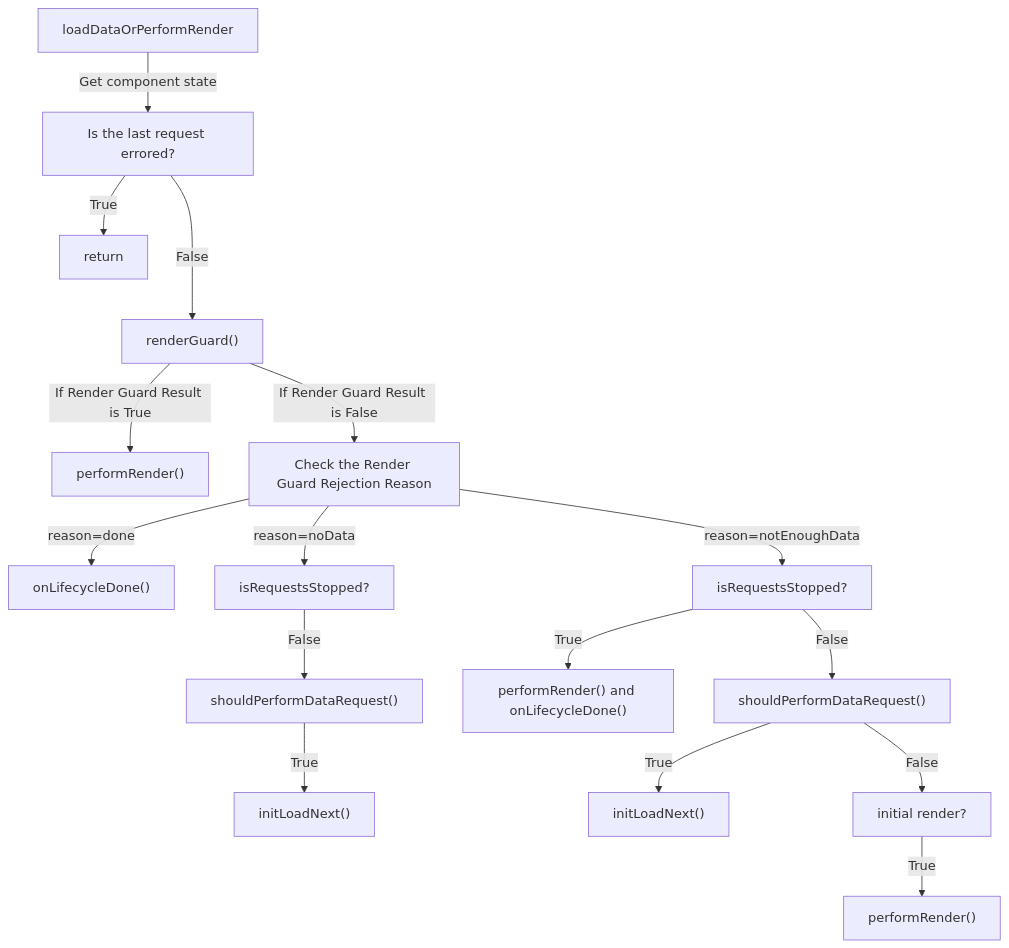
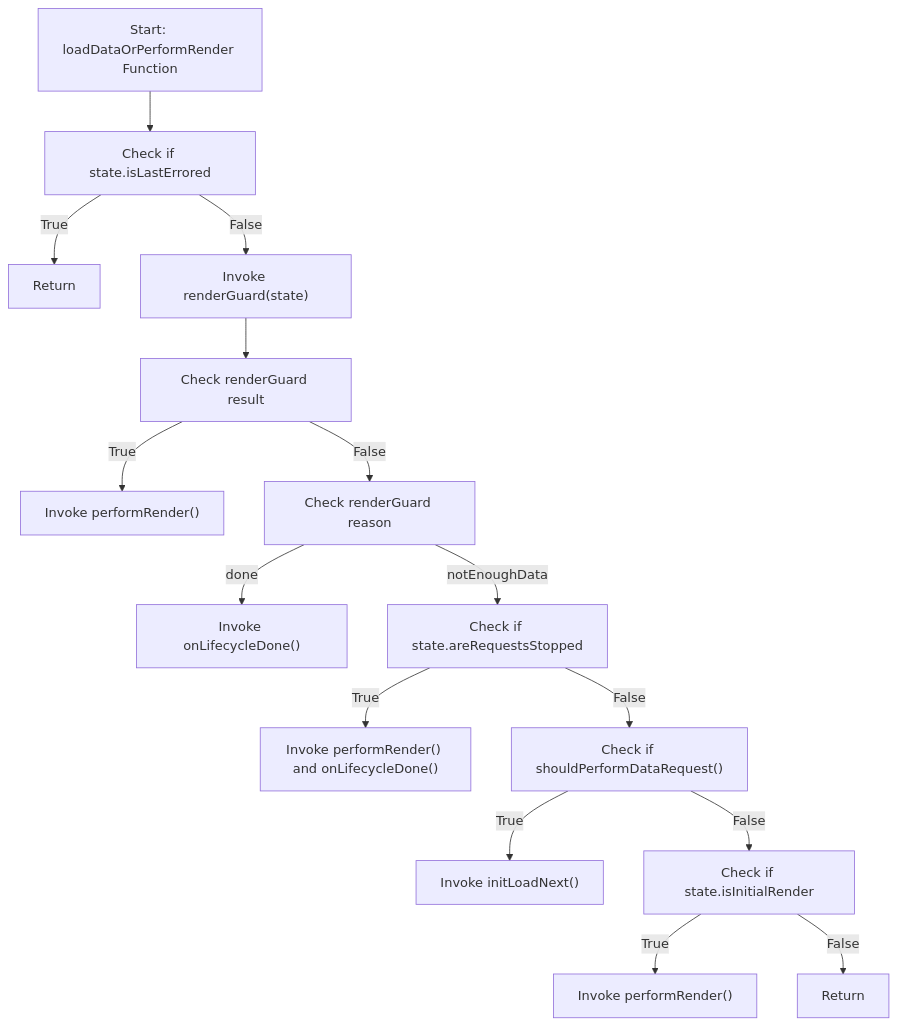
One commit to V4Fire/Client changed the second of 2 diagrams in src/components/base/b-virtual-scroll/README.md. Above: the diagram before and after it, drawn with Mermaid. The commit also changed other lines of this file and 9 other files, not shown here.

Commit message:
Improve isLastRender and lastRender behavior, now performing the lastRender will be always attempted

````diff
--- a/src/components/base/b-virtual-scroll/README.md
+++ b/src/components/base/b-virtual-scroll/README.md
@@ -768,18 +767,17 @@
 ```mermaid
-graph TB
-    A[loadDataOrPerformRender] -->|Get component state| B[Is the last request errored?]
-    B -- True --> X[return]
-    B -- False ---> C["renderGuard()"]
-    C -- If Render Guard Result is True --> D["performRender()"]
-    C -- If Render Guard Result is False --> E[Check the Render Guard Rejection Reason]
-    E -- reason=done --> F["onLifecycleDone()"]
-    E -- reason=noData --> G[isRequestsStopped?]
-    G -- False --> H["shouldPerformDataRequest()"]
-    H -- True --> I["initLoadNext()"]
-    E -- reason=notEnoughData --> J[isRequestsStopped?]
-    J -- True --> K["performRender() and onLifecycleDone()"]
-    J -- False --> L["shouldPerformDataRequest()"]
-    L -- True --> M["initLoadNext()"]
-    L -- False --> N[initial render?]
-    N -- True --> P["performRender()"]
+flowchart TD
+    A["Start: loadDataOrPerformRender Function"] --> B["Check if state.isLastErrored"]
+    B -- "True" --> C["Return"]
+    B -- "False" --> D["Invoke renderGuard(state)"]
+    D --> E["Check renderGuard result"]
+    E -- "True" --> F["Invoke performRender()"]
+    E -- "False" --> G["Check renderGuard reason"]
+    G -- "done" --> H["Invoke onLifecycleDone()"]
+    G -- "notEnoughData" --> I["Check if state.areRequestsStopped"]
+    I -- "True" --> J["Invoke performRender() and onLifecycleDone()"]
+    I -- "False" --> K["Check if shouldPerformDataRequest()"]
+    K -- "True" --> L["Invoke initLoadNext()"]
+    K -- "False" --> M["Check if state.isInitialRender"]
+    M -- "True" --> N["Invoke performRender()"]
+    M -- "False" --> O["Return"]
 ```
````
